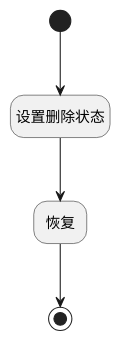
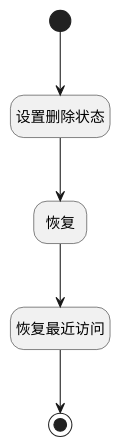
The diagram in doc/docsify/module/Wiki/space/logic/recover.md (iBizLab/plm), drawn with PlantUML before and after one commit. The commit also changed other lines of this file and 2344 other files, not shown here.

````diff
--- a/doc/docsify/module/Wiki/space/logic/recover.md
+++ b/doc/docsify/module/Wiki/space/logic/recover.md
@@ -7,23 +7,25 @@
 ```plantuml
 @startuml
 hide empty description
 <style>
 root {
   HyperlinkColor #42b983
 }
 </style>
 
 hide empty description
 state "开始" as Begin <<start>> [[$./recover#begin {"开始"}]]
 state "设置删除状态" as PREPAREPARAM1  [[$./recover#prepareparam1 {"设置删除状态"}]]
 state "恢复" as DEACTION1  [[$./recover#deaction1 {"恢复"}]]
+state "恢复最近访问" as RAWSQLCALL1  [[$./recover#rawsqlcall1 {"恢复最近访问"}]]
 state "结束" as END1 <<end>> [[$./recover#end1 {"结束"}]]
 
 
 Begin --> PREPAREPARAM1
 PREPAREPARAM1 --> DEACTION1
-DEACTION1 --> END1
+DEACTION1 --> RAWSQLCALL1
+RAWSQLCALL1 --> END1
 
 
 @enduml
 ```
````
